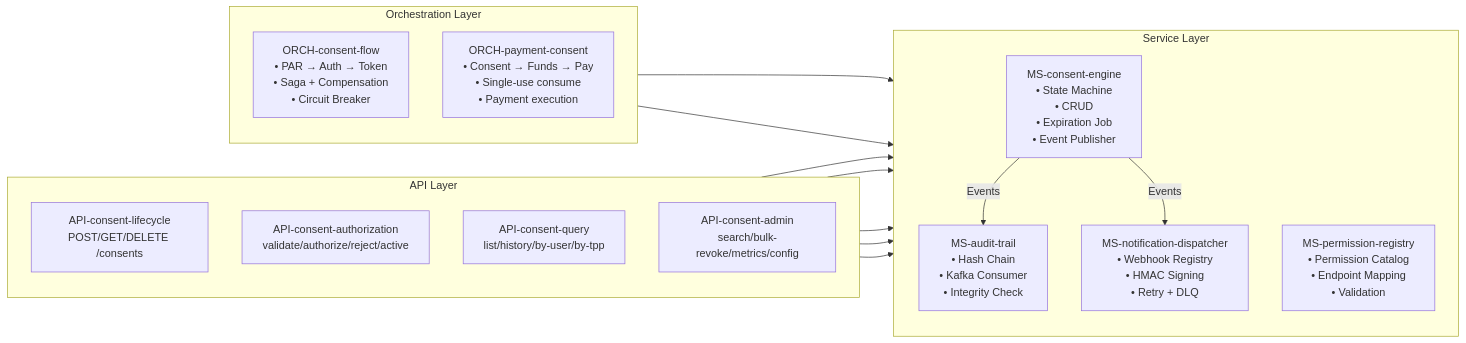
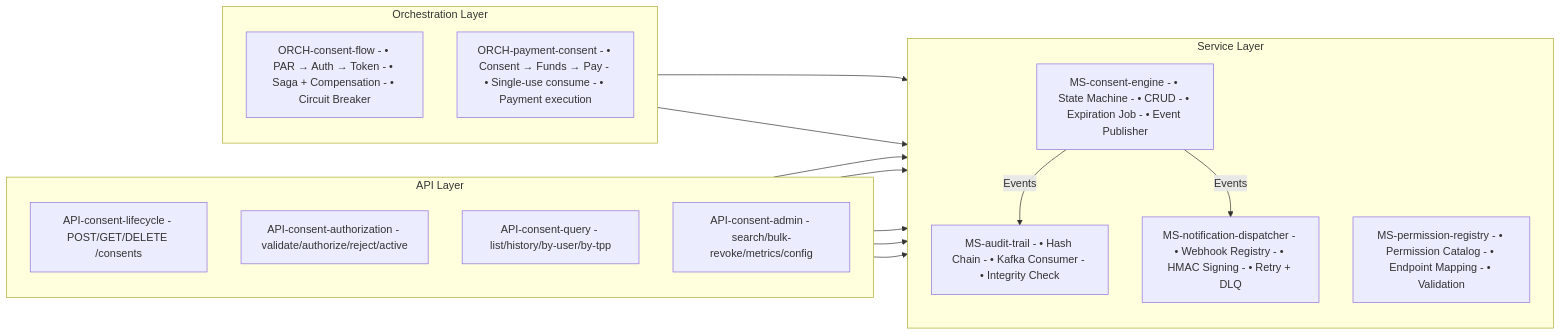
The second of 6 diagrams in docs/architecture/architecture.md (somospragma/integration-consent-manager), drawn with Mermaid before and after one commit. The commit also changed other lines of this file and 9 other files, not shown here.

Commit message:
fix: corregir diagramas Mermaid - quitar paréntesis y \n incompatibles con GitHub

````diff
--- a/docs/architecture/architecture.md
+++ b/docs/architecture/architecture.md
@@ -114,34 +114,34 @@
 ```mermaid
 graph LR
     subgraph "API Layer"
         direction TB
-        A1[API-consent-lifecycle\nPOST/GET/DELETE /consents]
-        A2[API-consent-authorization\nvalidate/authorize/reject/active]
-        A3[API-consent-query\nlist/history/by-user/by-tpp]
-        A4[API-consent-admin\nsearch/bulk-revoke/metrics/config]
+        A1[API-consent-lifecycle - POST/GET/DELETE /consents]
+        A2[API-consent-authorization - validate/authorize/reject/active]
+        A3[API-consent-query - list/history/by-user/by-tpp]
+        A4[API-consent-admin - search/bulk-revoke/metrics/config]
     end
 
     subgraph "Service Layer"
         direction TB
-        S1[MS-consent-engine\n• State Machine\n• CRUD\n• Expiration Job\n• Event Publisher]
-        S2[MS-audit-trail\n• Hash Chain\n• Kafka Consumer\n• Integrity Check]
-        S3[MS-notification-dispatcher\n• Webhook Registry\n• HMAC Signing\n• Retry + DLQ]
-        S4[MS-permission-registry\n• Permission Catalog\n• Endpoint Mapping\n• Validation]
+        S1[MS-consent-engine - • State Machine - • CRUD - • Expiration Job - • Event Publisher]
+        S2[MS-audit-trail - • Hash Chain - • Kafka Consumer - • Integrity Check]
+        S3[MS-notification-dispatcher - • Webhook Registry - • HMAC Signing - • Retry + DLQ]
+        S4[MS-permission-registry - • Permission Catalog - • Endpoint Mapping - • Validation]
     end
 
     subgraph "Orchestration Layer"
         direction TB
-        O1[ORCH-consent-flow\n• PAR → Auth → Token\n• Saga + Compensation\n• Circuit Breaker]
-        O2[ORCH-payment-consent\n• Consent → Funds → Pay\n• Single-use consume\n• Payment execution]
+        O1[ORCH-consent-flow - • PAR → Auth → Token - • Saga + Compensation - • Circuit Breaker]
+        O2[ORCH-payment-consent - • Consent → Funds → Pay - • Single-use consume - • Payment execution]
     end
 
     A1 --> S1
     A2 --> S1
     A3 --> S1
     A4 --> S1
     A1 --> S4
     O1 --> S1
     O2 --> S1
     S1 -->|Events| S2
     S1 -->|Events| S3
 ```
````
